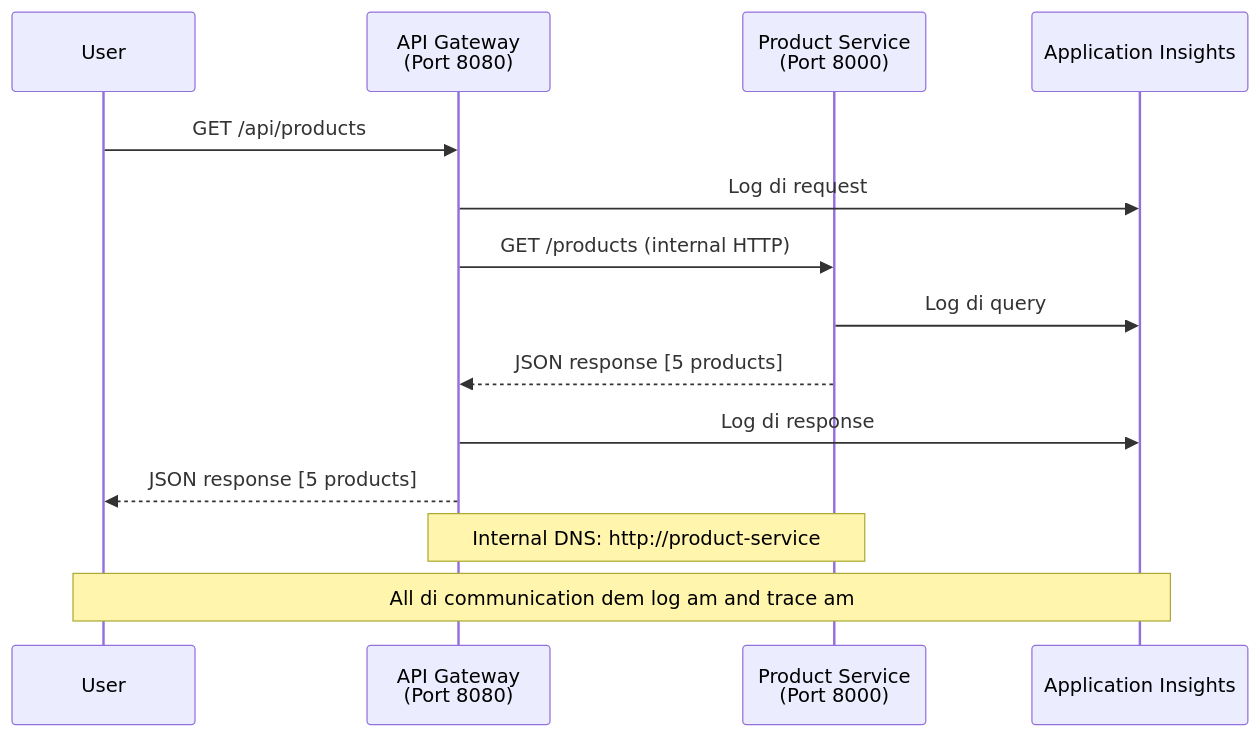
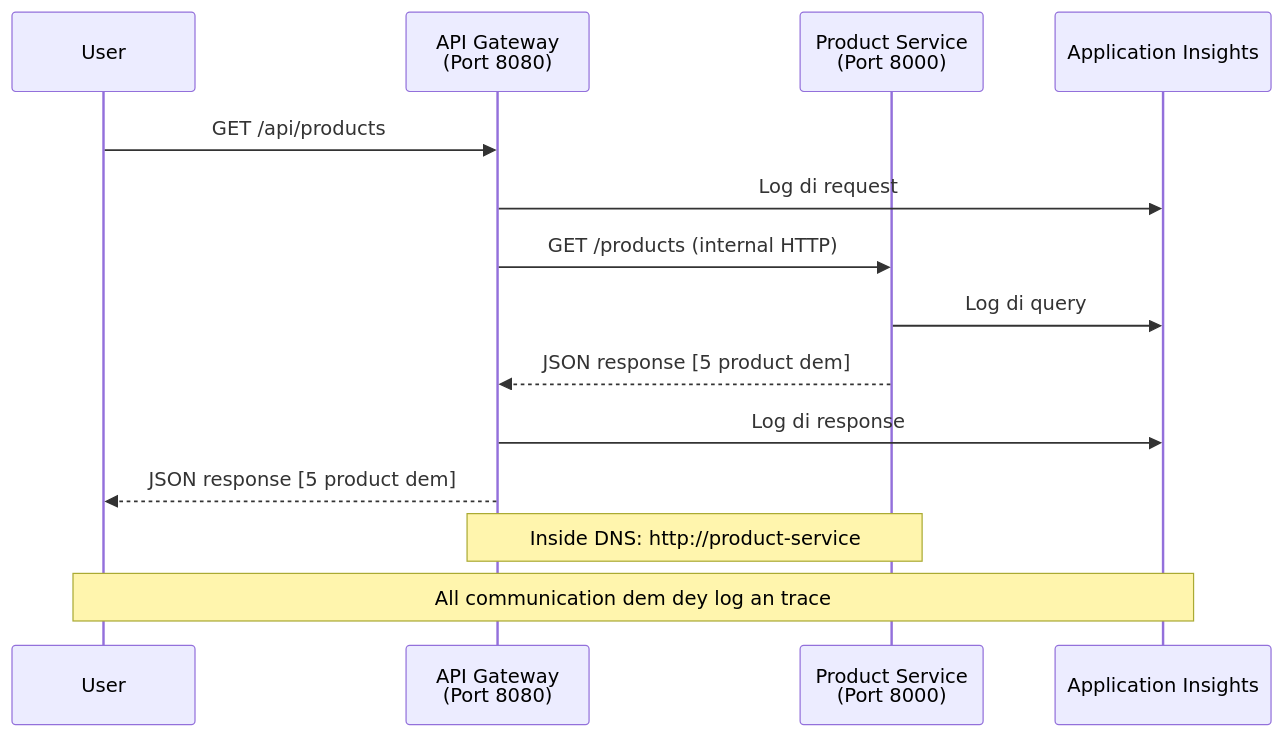
The fourth of 4 diagrams in translations/pcm/examples/microservices/README.md (microsoft/AZD-for-beginners), drawn with Mermaid before and after one commit. The commit also changed other lines of this file and 245 other files, not shown here.

````diff
--- a/translations/pcm/examples/microservices/README.md
+++ b/translations/pcm/examples/microservices/README.md
@@ -432,18 +423,18 @@
 ```mermaid
 sequenceDiagram
     participant User
     participant Gateway as API Gateway<br/>(Port 8080)
     participant Product as Product Service<br/>(Port 8000)
     participant AI as Application Insights
     
     User->>Gateway: GET /api/products
     Gateway->>AI: Log di request
     Gateway->>Product: GET /products (internal HTTP)
     Product->>AI: Log di query
-    Product-->>Gateway: JSON response [5 products]
+    Product-->>Gateway: JSON response [5 product dem]
     Gateway->>AI: Log di response
-    Gateway-->>User: JSON response [5 products]
+    Gateway-->>User: JSON response [5 product dem]
     
-    Note over Gateway,Product: Internal DNS: http://product-service
-    Note over User,AI: All di communication dem log am and trace am
+    Note over Gateway,Product: Inside DNS: http://product-service
+    Note over User,AI: All communication dem dey log an trace
 ```
````
